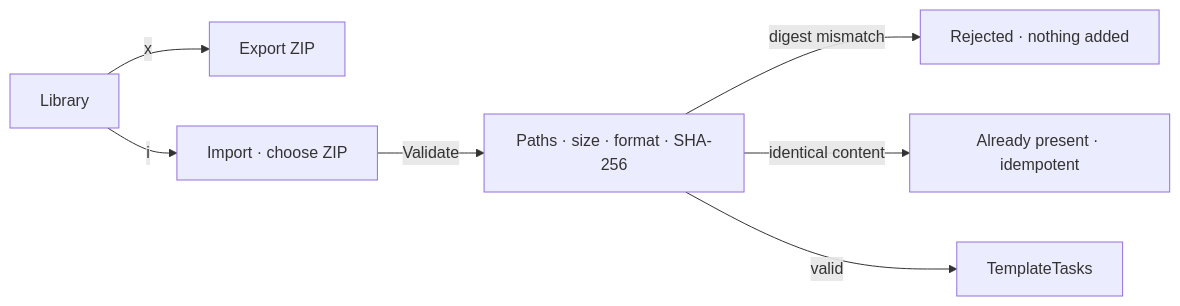
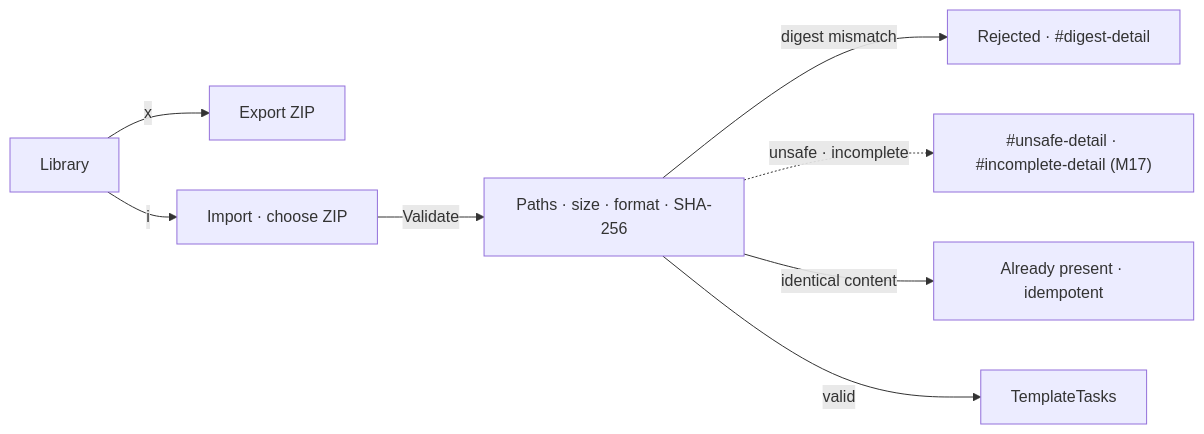
The fifth of 23 diagrams in spec/design/wireframe-tui/navigation.md (AxionomicAI/AxBenchmark), drawn with Mermaid before and after one commit. The commit also changed other lines of this file and 228 other files, not shown here.

````diff
--- a/spec/design/wireframe-tui/navigation.md
+++ b/spec/design/wireframe-tui/navigation.md
@@ -112,9 +131,10 @@
 ```mermaid
 flowchart LR
     Library -->|x| ExportTemplate["Export ZIP"]
     Library -->|i| ImportTemplate["Import · choose ZIP"]
     ImportTemplate -->|Validate| ImportVerifying["Paths · size · format · SHA-256"]
-    ImportVerifying -->|digest mismatch| ImportRejected["Rejected · nothing added"]
+    ImportVerifying -->|digest mismatch| ImportRejected["Rejected · #digest-detail"]
+    ImportVerifying -.->|unsafe · incomplete| ImportUnsafe["#unsafe-detail · #incomplete-detail (M17)"]
     ImportVerifying -->|identical content| ImportDuplicate["Already present · idempotent"]
     ImportVerifying -->|valid| TemplateTasks
 ```
````
